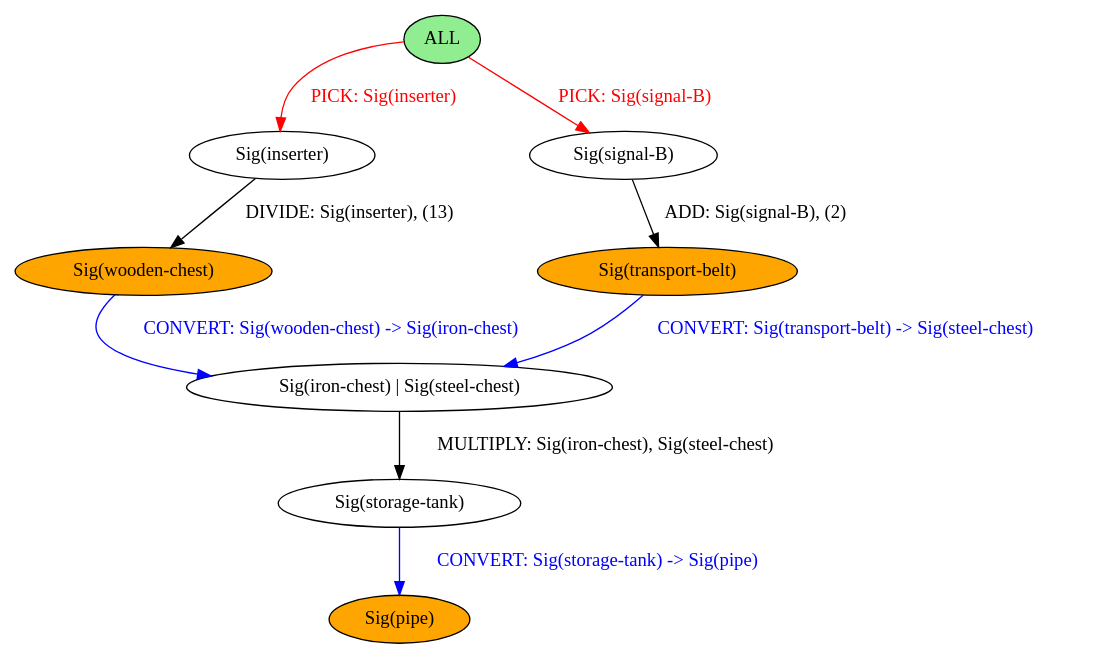
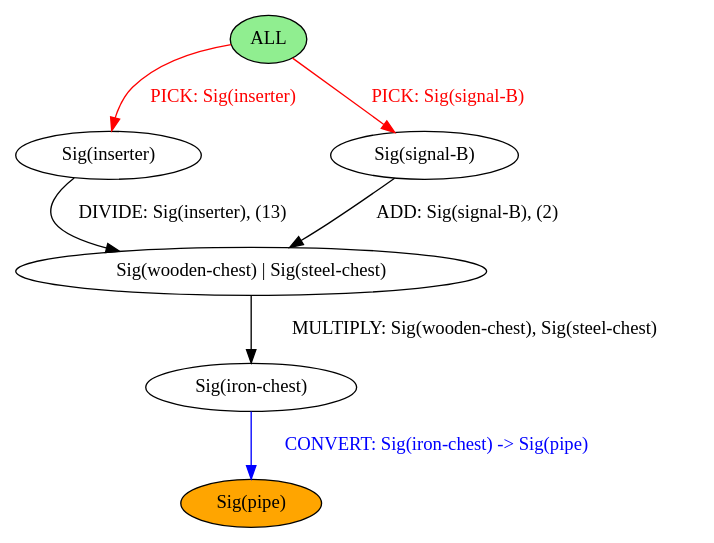
Before and after one commit to BalderHolst/chef: the diagram in chef/example_outputs/picking.dot, drawn with Graphviz. The commit also changed 10 other files, not shown here.

Commit message:
Update and check new compiled dot graphs

```diff
--- a/chef/example_outputs/picking.dot
+++ b/chef/example_outputs/picking.dot
@@ -1,19 +1,15 @@
 strict digraph {
 	nodesep=1
-	5	[style=filled fillcolor=orange label="Sig(wooden-chest)"]
 	0	[style=filled fillcolor=lightgreen label="ALL"]
 	3	[style=filled fillcolor=white label="Sig(inserter)"]
-	13	[style=filled fillcolor=white label="Sig(iron-chest) | Sig(steel-chest)"]
-	15	[style=filled fillcolor=orange label="Sig(pipe)"]
-	14	[style=filled fillcolor=white label="Sig(storage-tank)"]
+	13	[style=filled fillcolor=orange label="Sig(pipe)"]
+	12	[style=filled fillcolor=white label="Sig(iron-chest)"]
 	8	[style=filled fillcolor=white label="Sig(signal-B)"]
-	10	[style=filled fillcolor=orange label="Sig(transport-belt)"]
-	5 -> 13	[label="CONVERT: Sig(wooden-chest) -> Sig(iron-chest)" color=blue fontcolor=blue]
+	11	[style=filled fillcolor=white label="Sig(wooden-chest) | Sig(steel-chest)"]
 	0 -> 3	[label="PICK: Sig(inserter)" color=red fontcolor=red]
 	0 -> 8	[label="PICK: Sig(signal-B)" color=red fontcolor=red]
-	3 -> 5	[label="DIVIDE: Sig(inserter), (13)" color=black fontcolor=black]
-	13 -> 14	[label="MULTIPLY: Sig(iron-chest), Sig(steel-chest)" color=black fontcolor=black]
-	14 -> 15	[label="CONVERT: Sig(storage-tank) -> Sig(pipe)" color=blue fontcolor=blue]
-	8 -> 10	[label="ADD: Sig(signal-B), (2)" color=black fontcolor=black]
-	10 -> 13	[label="CONVERT: Sig(transport-belt) -> Sig(steel-chest)" color=blue fontcolor=blue]
+	3 -> 11	[label="DIVIDE: Sig(inserter), (13)" color=black fontcolor=black]
+	12 -> 13	[label="CONVERT: Sig(iron-chest) -> Sig(pipe)" color=blue fontcolor=blue]
+	8 -> 11	[label="ADD: Sig(signal-B), (2)" color=black fontcolor=black]
+	11 -> 12	[label="MULTIPLY: Sig(wooden-chest), Sig(steel-chest)" color=black fontcolor=black]
 }
```
